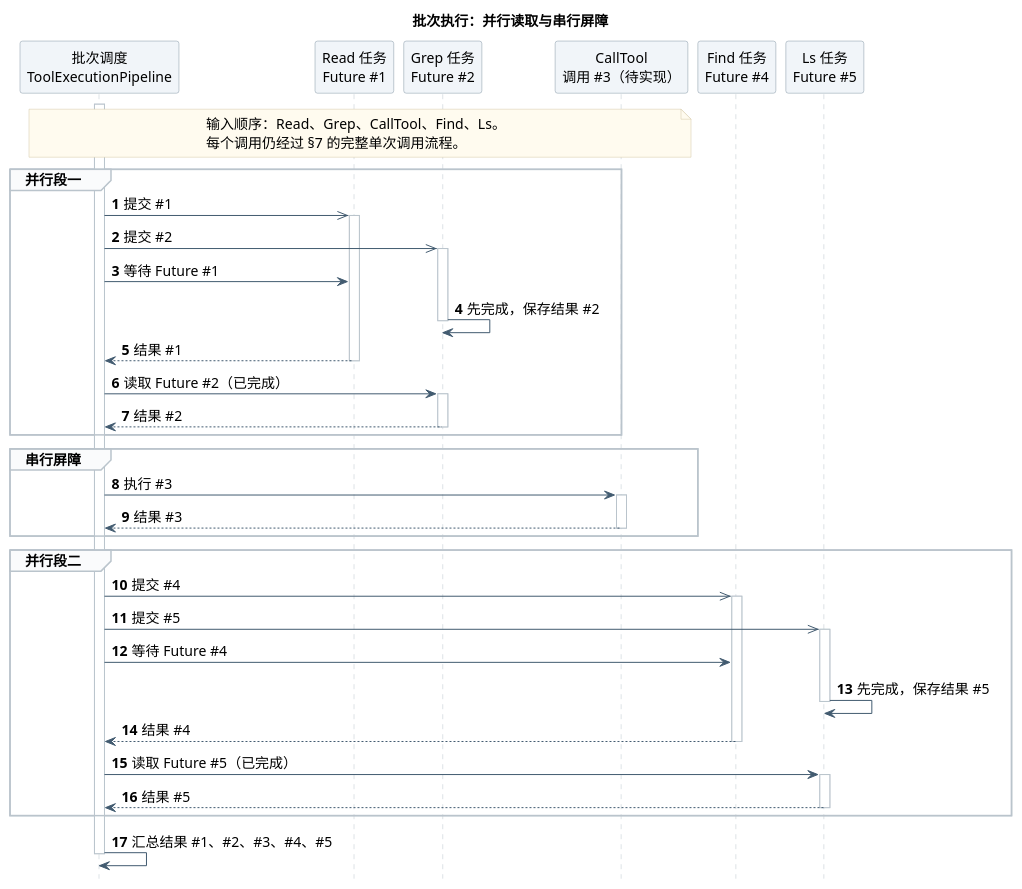
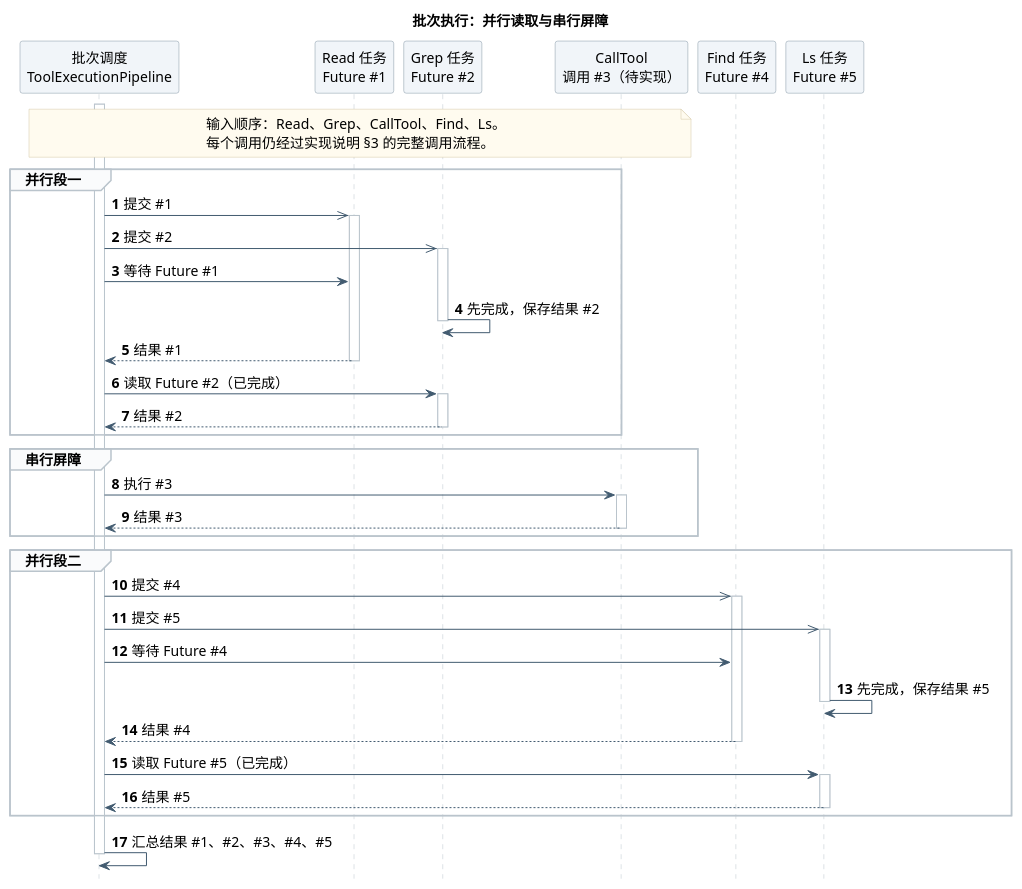
One commit to ssm0808/pi-mono-java-design changed the tenth of 14 diagrams in 01-总体架构/02-CampusClaw工具系统/diagram.puml. Above: the diagram before and after it, drawn with PlantUML. The commit also changed other lines of this file and 18 other files, not shown here.

```diff
--- a/01-总体架构/02-CampusClaw工具系统/diagram.puml
+++ b/01-总体架构/02-CampusClaw工具系统/diagram.puml
@@ -599,67 +660,67 @@
 @startuml tool_batch_scheduling
 skinparam backgroundColor white
 skinparam defaultFontName "PingFang SC"
 skinparam defaultFontSize 14
 skinparam shadowing false
 skinparam sequenceMessageAlign left
 skinparam maxMessageSize 210
 skinparam sequenceArrowColor #425B70
 skinparam sequenceLifeLineBorderColor #BAC4CC
 skinparam sequenceParticipantBackgroundColor #F1F5F9
 skinparam sequenceParticipantBorderColor #8496A4
 skinparam sequenceGroupBackgroundColor #FAFBFC
 skinparam sequenceGroupBorderColor #BAC4CC
 skinparam sequenceReferenceBackgroundColor #EEF4FA
 skinparam sequenceReferenceBorderColor #8496A4
 skinparam noteBackgroundColor #FFFBEF
 skinparam noteBorderColor #D2C6A5
 hide footbox
 autonumber
 ' Source evidence (CampusClaw fb842b1ac6cb4818f6b146f79dd184a5cd88bf12, checked 2026-09-21):
 
 ' modules/agent-core/src/main/java/com/campusclaw/agent/tool/ToolExecutionPipeline.java: executePlanned, executeInParallel, findParallelSegmentEnd
 ' modules/agent-core/src/main/java/com/campusclaw/agent/tool/AgentTool.java: executionMode
 ' Observed behavior: consecutive parallel calls run in virtual-thread tasks; futures are collected in input order before the next segment.
 ' Design reason: asynchronous arrows and overlapping activations show concurrency, while the sequential call separates both segments.
 ' Pending implementation: CallTool replaces the existing business wrapper; the adjacent-segment scheduling itself is implemented.
 title 批次执行：并行读取与串行屏障
 
 participant "批次调度\nToolExecutionPipeline" as Pipeline
 participant "Read 任务\nFuture #1" as Read
 participant "Grep 任务\nFuture #2" as Grep
 participant "CallTool\n调用 #3（待实现）" as Call
 participant "Find 任务\nFuture #4" as Find
 participant "Ls 任务\nFuture #5" as Ls
 
 note over Pipeline, Call
   输入顺序：Read、Grep、CallTool、Find、Ls。
-  每个调用仍经过 §7 的完整单次调用流程。
+  每个调用仍经过实现说明 §3 的完整调用流程。
 end note
 activate Pipeline
 group 并行段一
   Pipeline ->> Read ++ : 提交 #1
   Pipeline ->> Grep ++ : 提交 #2
   Pipeline -> Read : 等待 Future #1
   Grep -> Grep : 先完成，保存结果 #2
   deactivate Grep
   Read --> Pipeline -- : 结果 #1
   Pipeline -> Grep ++ : 读取 Future #2（已完成）
   Grep --> Pipeline -- : 结果 #2
 end
 group 串行屏障
   Pipeline -> Call ++ : 执行 #3
   Call --> Pipeline -- : 结果 #3
 end
 group 并行段二
   Pipeline ->> Find ++ : 提交 #4
   Pipeline ->> Ls ++ : 提交 #5
   Pipeline -> Find : 等待 Future #4
   Ls -> Ls : 先完成，保存结果 #5
   deactivate Ls
   Find --> Pipeline -- : 结果 #4
   Pipeline -> Ls ++ : 读取 Future #5（已完成）
   Ls --> Pipeline -- : 结果 #5
 end
 Pipeline -> Pipeline : 汇总结果 #1、#2、#3、#4、#5
 deactivate Pipeline
 @enduml
```
